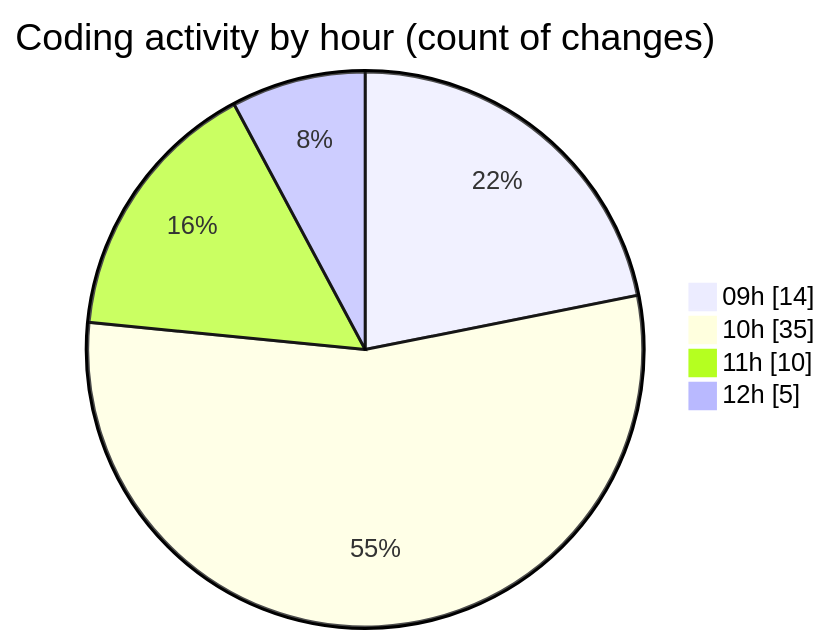
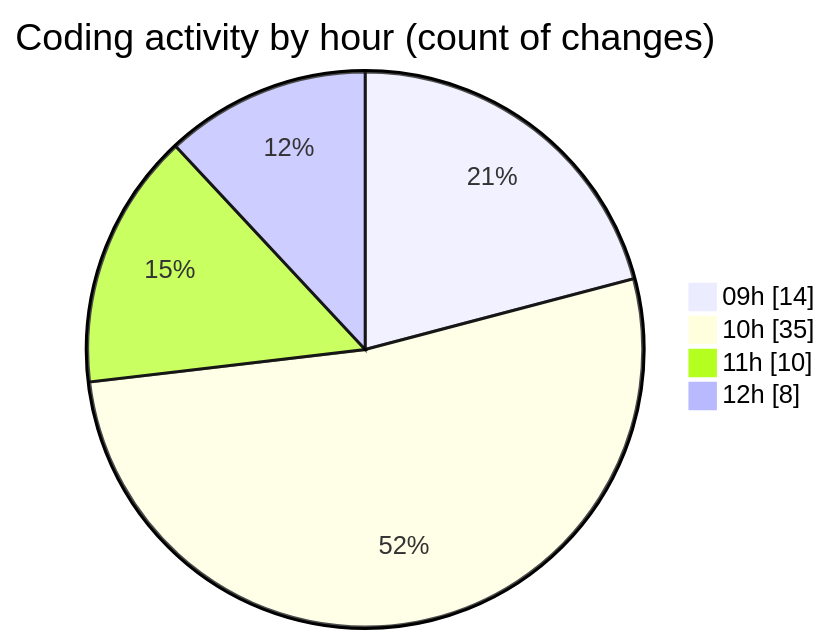
One commit to momahboobian/code-tracking changed the second of 2 diagrams in 2025-11-10/cda/README.md. Above: the diagram before and after it, drawn with Mermaid. The commit also changed other lines of this file and 1 other file, not shown here.

````diff
--- a/2025-11-10/cda/README.md
+++ b/2025-11-10/cda/README.md
@@ -51,8 +51,8 @@
 ```mermaid
 pie showData
 title Coding activity by hour (count of changes)
 "09h" : 14
 "10h" : 35
 "11h" : 10
-"12h" : 5
+"12h" : 8
 ```
````
